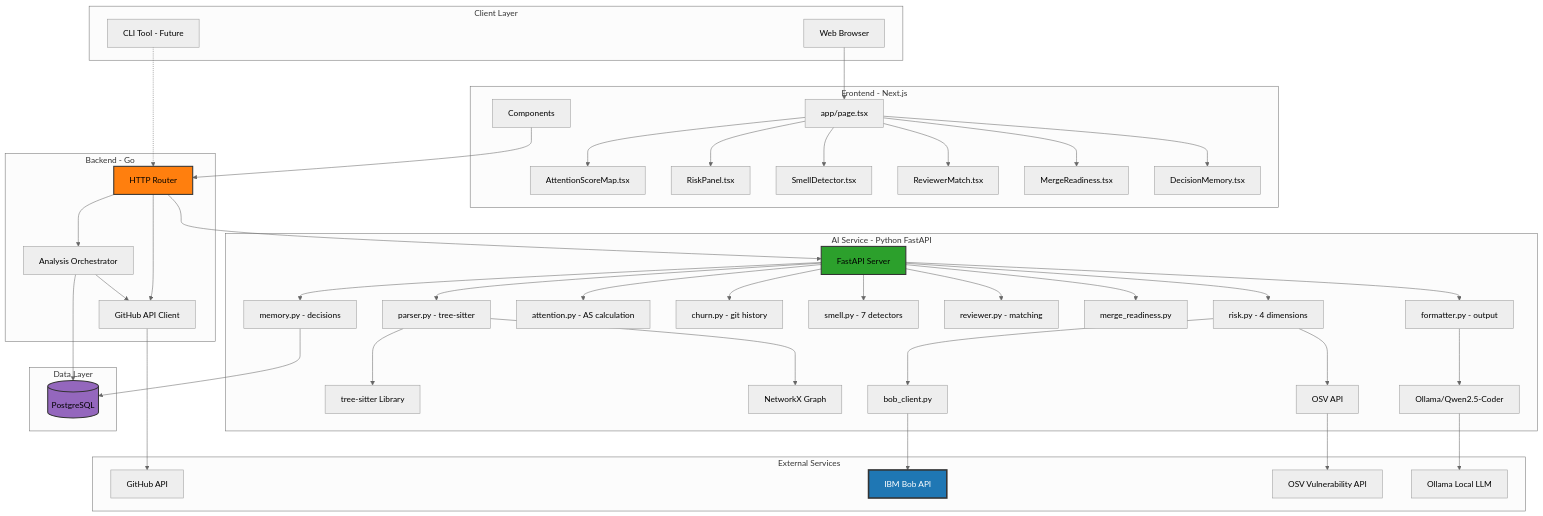
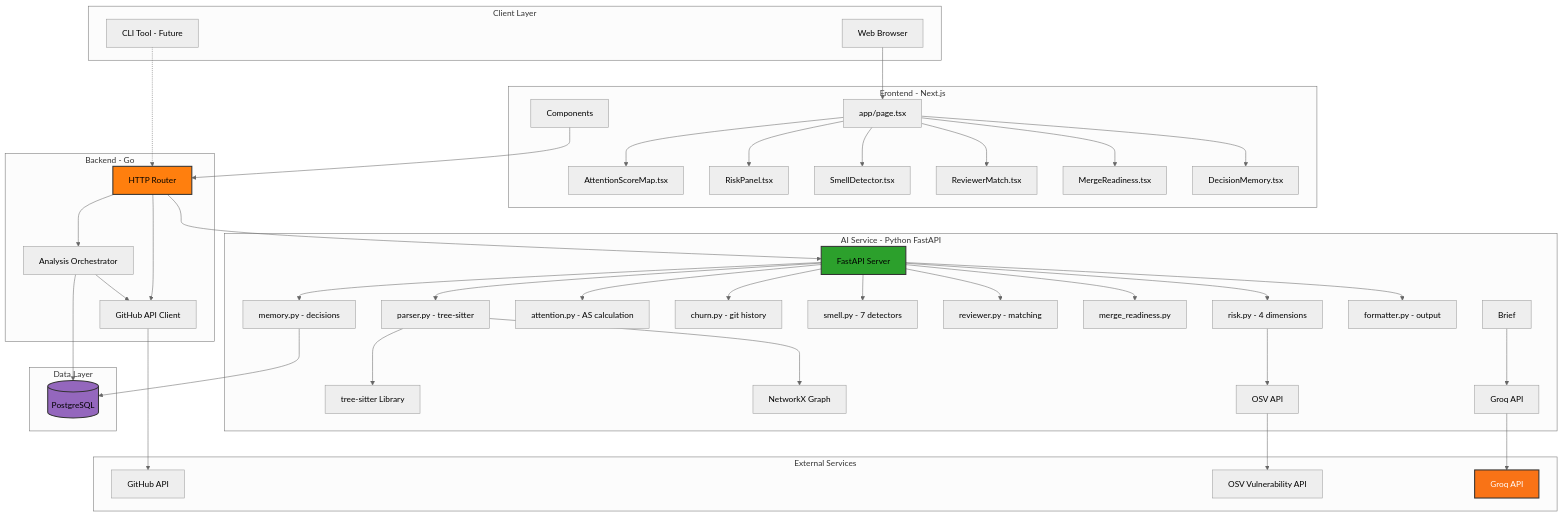
Before and after one commit to Prakhar2025/PRism: the first of 2 diagrams in docs/ARCHITECTURE.md, drawn with Mermaid (neutral theme). The commit also changed other lines of this file and 2 other files, not shown here.

Commit message:
docs: fix IBM Bob and LLM references across all docs - Bob is an AI coding IDE not a runtime API, remove bob_client/BobAPI/Qwen/Ollama, replace with Groq llama-3.3-70b-versatile, fix all mermaid diagrams, tech stack, env example, API responses - 23 issues fixed

````diff
--- a/docs/ARCHITECTURE.md
+++ b/docs/ARCHITECTURE.md
@@ -17,78 +17,75 @@
 ```mermaid
 graph TB
     subgraph Client Layer
         Browser[Web Browser]
         CLI[CLI Tool - Future]
     end
     
     subgraph Frontend - Next.js
         Pages[app/page.tsx]
         Components[Components]
         Pages --> AttentionMap[AttentionScoreMap.tsx]
         Pages --> RiskPanel[RiskPanel.tsx]
         Pages --> SmellDetector[SmellDetector.tsx]
         Pages --> ReviewerMatch[ReviewerMatch.tsx]
         Pages --> MergeReadiness[MergeReadiness.tsx]
         Pages --> DecisionMemory[DecisionMemory.tsx]
     end
     
     subgraph Backend - Go
         Router[HTTP Router]
         GitHubClient[GitHub API Client]
         Orchestrator[Analysis Orchestrator]
         
         Router --> GitHubClient
         Router --> Orchestrator
         Orchestrator --> GitHubClient
     end
     
     subgraph AI Service - Python FastAPI
         FastAPI[FastAPI Server]
         
         FastAPI --> Parser[parser.py - tree-sitter]
         FastAPI --> Risk[risk.py - 4 dimensions]
         FastAPI --> Attention[attention.py - AS calculation]
         FastAPI --> Churn[churn.py - git history]
         FastAPI --> Smell[smell.py - 7 detectors]
         FastAPI --> Reviewer[reviewer.py - matching]
         FastAPI --> MergeCheck[merge_readiness.py]
         FastAPI --> Memory[memory.py - decisions]
         FastAPI --> Formatter[formatter.py - output]
         
         Parser --> TreeSitter[tree-sitter Library]
         Parser --> NetworkX[NetworkX Graph]
         Risk --> OSV[OSV API]
-        Risk --> BobClient[bob_client.py]
-        Formatter --> Qwen[Ollama/Qwen2.5-Coder]
+        Brief --> Groq[Groq API]
     end
     
     subgraph External Services
         GitHub[GitHub API]
-        BobAPI[IBM Bob API]
         OSVAPI[OSV Vulnerability API]
-        OllamaAPI[Ollama Local LLM]
+        GroqAPI[Groq API]
     end
     
     subgraph Data Layer
         PostgreSQL[(PostgreSQL)]
     end
     
     Browser --> Pages
     CLI -.-> Router
     
     Components --> Router
     Router --> FastAPI
     
     GitHubClient --> GitHub
-    BobClient --> BobAPI
     OSV --> OSVAPI
-    Qwen --> OllamaAPI
+    Groq --> GroqAPI
     
     Memory --> PostgreSQL
     Orchestrator --> PostgreSQL
     
-    style BobAPI fill:#1f77b4,stroke:#333,stroke-width:3px,color:#fff
+    style GroqAPI fill:#f97316,stroke:#333,stroke-width:2px,color:#fff
     style FastAPI fill:#2ca02c,stroke:#333,stroke-width:2px
     style Router fill:#ff7f0e,stroke:#333,stroke-width:2px
     style PostgreSQL fill:#9467bd,stroke:#333,stroke-width:2px
 ```
````
